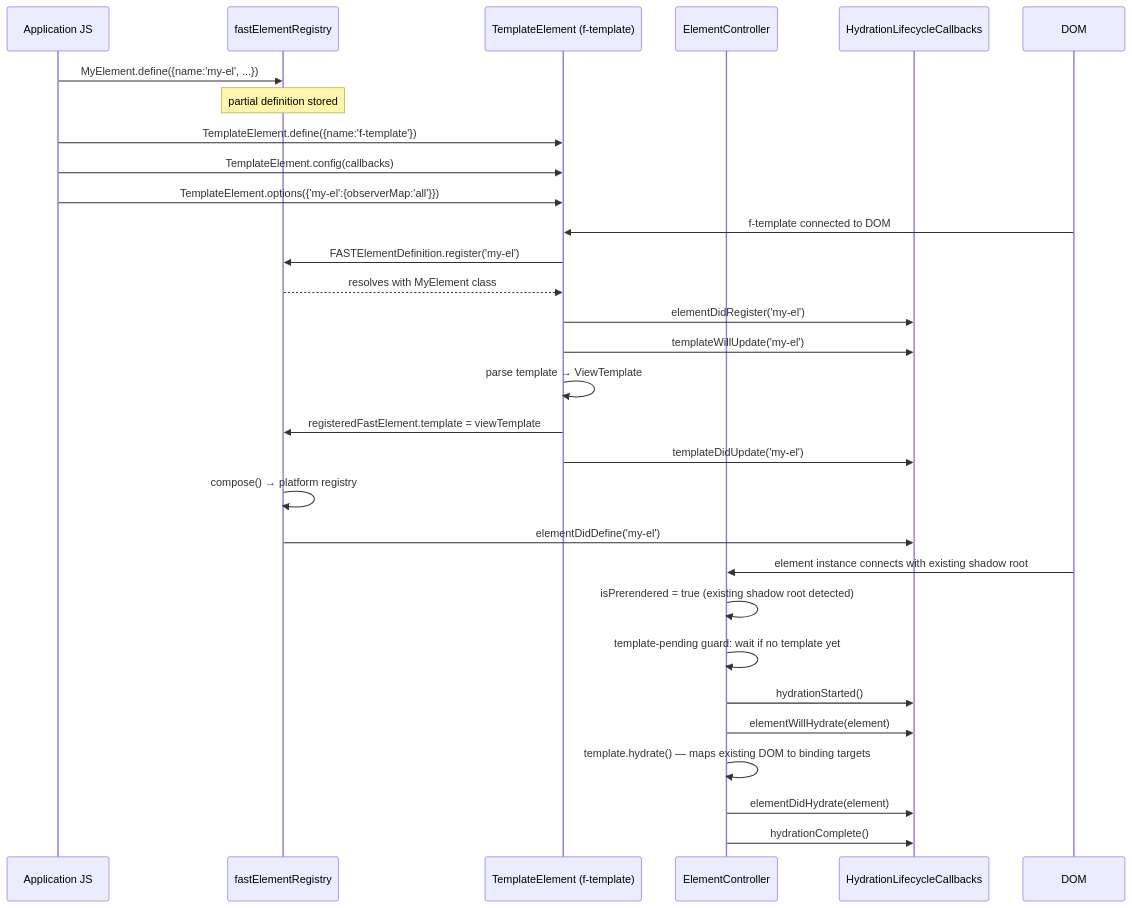
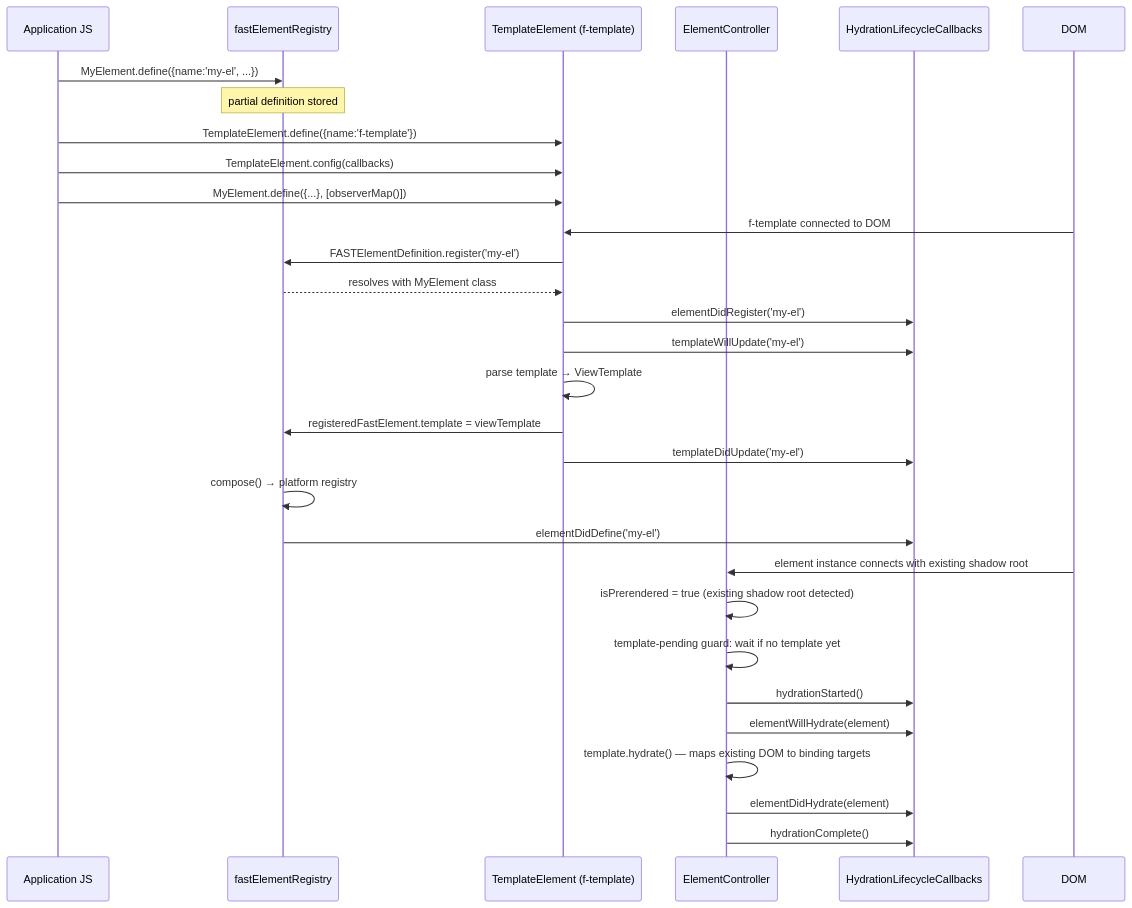
One commit to microsoft/fast changed the fourth of 4 diagrams in packages/fast-html/DESIGN.md. Above: the diagram before and after it, drawn with Mermaid. The commit also changed other lines of this file and 41 other files, not shown here.

First line of the commit message:
refactor: move observerMap/attributeMap to fast-element as FASTElementExtension factories

````diff
--- a/packages/fast-html/DESIGN.md
+++ b/packages/fast-html/DESIGN.md
@@ -428,35 +451,35 @@
 ```mermaid
 sequenceDiagram
     participant App as Application JS
     participant FER as fastElementRegistry
     participant TE as TemplateElement (f-template)
     participant EC as ElementController
     participant Callbacks as HydrationLifecycleCallbacks
 
     App->>FER: MyElement.define({name:'my-el', ...})
     note over FER: partial definition stored
 
     App->>TE: TemplateElement.define({name:'f-template'})
     App->>TE: TemplateElement.config(callbacks)
-    App->>TE: TemplateElement.options({'my-el':{observerMap:'all'}})
+    App->>TE: MyElement.define({...}, [observerMap()])
 
     DOM->>TE: f-template connected to DOM
     TE->>FER: FASTElementDefinition.register('my-el')
     FER-->>TE: resolves with MyElement class
     TE->>Callbacks: elementDidRegister('my-el')
     TE->>Callbacks: templateWillUpdate('my-el')
     TE->>TE: parse template → ViewTemplate
     TE->>FER: registeredFastElement.template = viewTemplate
     TE->>Callbacks: templateDidUpdate('my-el')
     FER->>FER: compose() → platform registry
     FER->>Callbacks: elementDidDefine('my-el')
 
     DOM->>EC: element instance connects with existing shadow root
     EC->>EC: isPrerendered = true (existing shadow root detected)
     EC->>EC: template-pending guard: wait if no template yet
     EC->>Callbacks: hydrationStarted()
     EC->>Callbacks: elementWillHydrate(element)
     EC->>EC: template.hydrate() — maps existing DOM to binding targets
     EC->>Callbacks: elementDidHydrate(element)
     EC->>Callbacks: hydrationComplete()
 ```
````
